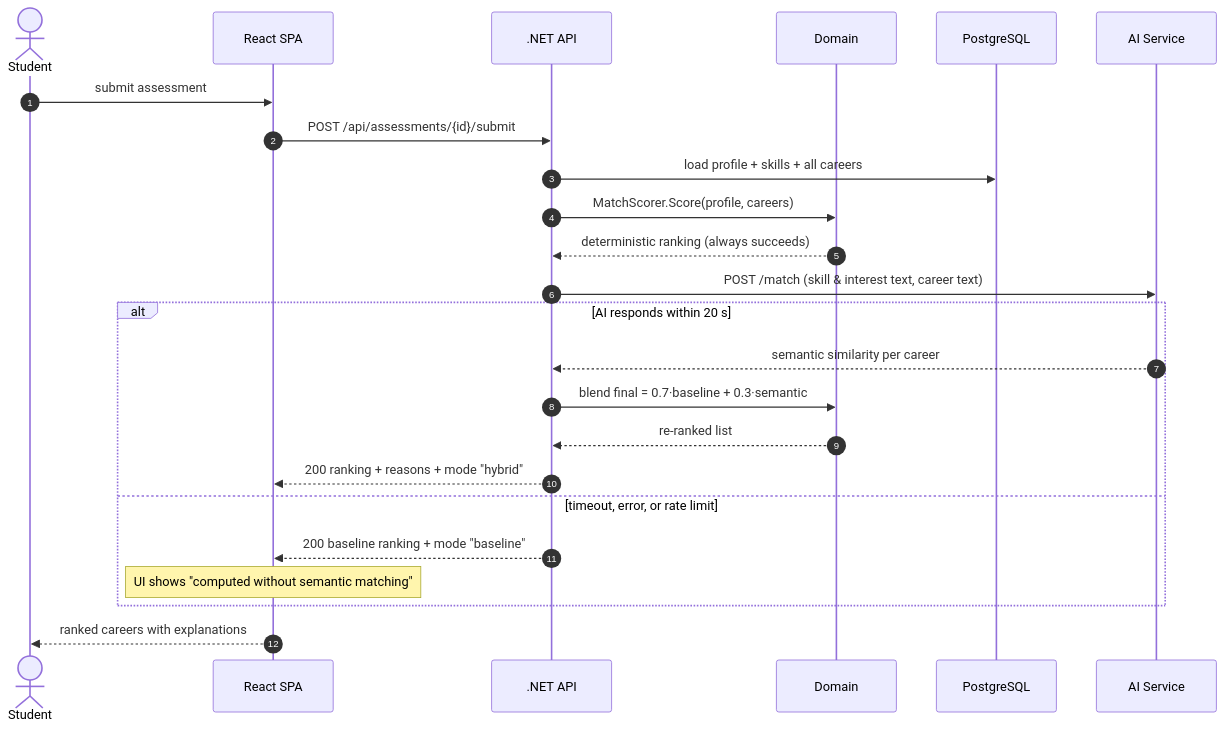
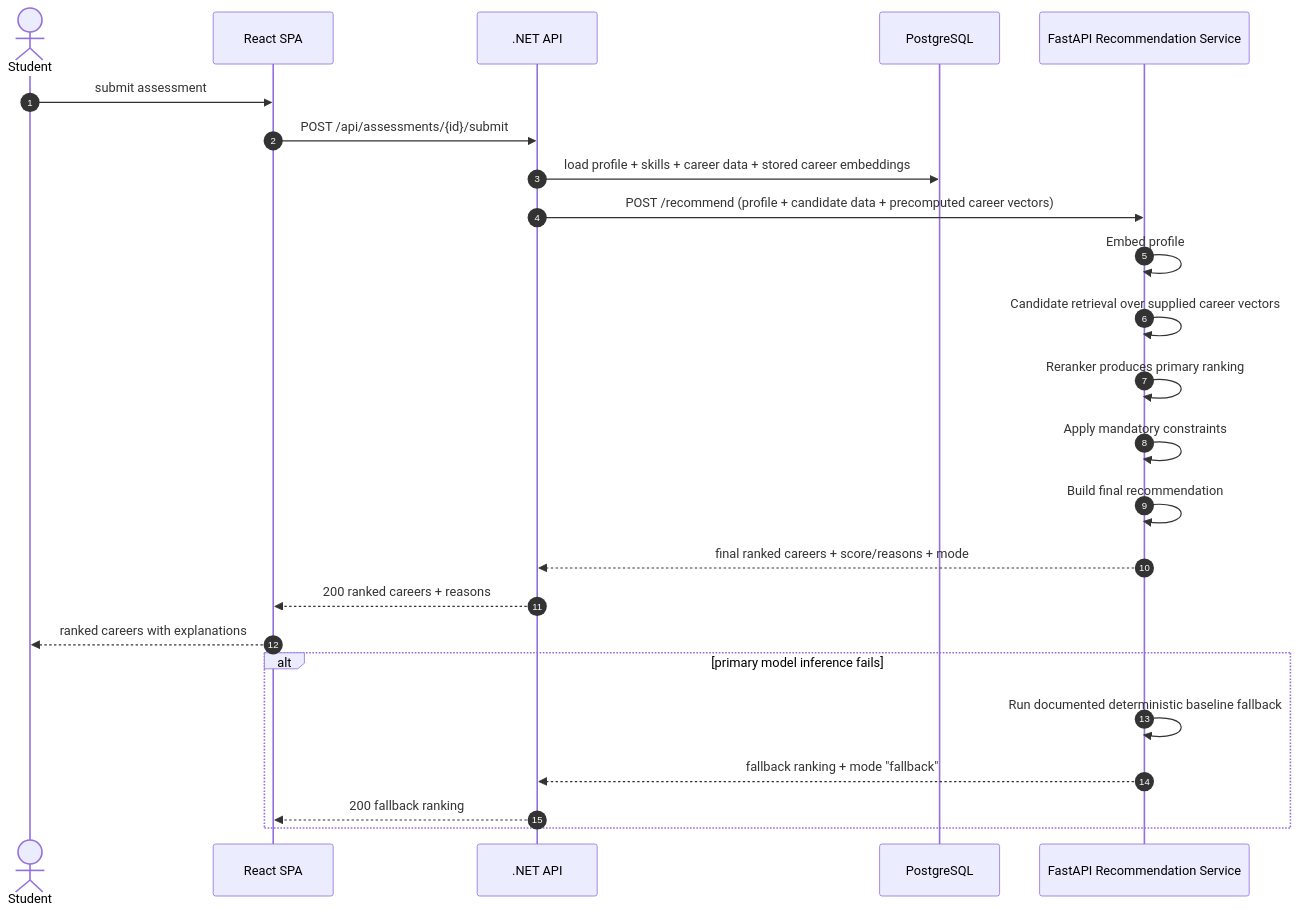
The fifth of 8 diagrams in docs/03-architecture.md (Masar-SCU/Masar), drawn with Mermaid before and after one commit. The commit also changed other lines of this file, not shown here.

````diff
--- a/docs/03-architecture.md
+++ b/docs/03-architecture.md
@@ -258,28 +275,30 @@
 ```mermaid
 sequenceDiagram
     autonumber
     actor S as Student
     participant W as React SPA
     participant A as .NET API
-    participant D as Domain
     participant DB as PostgreSQL
-    participant AI as AI Service
+    participant AI as FastAPI Recommendation Service
 
     S->>W: submit assessment
     W->>A: POST /api/assessments/{id}/submit
-    A->>DB: load profile + skills + all careers
-    A->>D: MatchScorer.Score(profile, careers)
-    D-->>A: deterministic ranking (always succeeds)
+    A->>DB: load profile + skills + career data + stored career embeddings
+    A->>AI: POST /recommend (profile + candidate data + precomputed career vectors)
 
-    A->>AI: POST /match  (skill & interest text, career text)
-    alt AI responds within 20 s
-        AI-->>A: semantic similarity per career
-        A->>D: blend  final = 0.7·baseline + 0.3·semantic
-        D-->>A: re-ranked list
-        A-->>W: 200  ranking + reasons + mode "hybrid"
-    else timeout, error, or rate limit
-        A-->>W: 200  baseline ranking + mode "baseline"
-        Note over W: UI shows "computed without semantic matching"
+    AI->>AI: Embed profile
+    AI->>AI: Candidate retrieval over supplied career vectors
+    AI->>AI: Reranker produces primary ranking
+    AI->>AI: Apply mandatory constraints
+    AI->>AI: Build final recommendation
+    AI-->>A: final ranked careers + score/reasons + mode
+
+    A-->>W: 200 ranked careers + reasons
+    W-->>S: ranked careers with explanations
+
+    alt primary model inference fails
+        AI->>AI: Run documented deterministic baseline fallback
+        AI-->>A: fallback ranking + mode "fallback"
+        A-->>W: 200 fallback ranking
     end
-    W-->>S: ranked careers with explanations
 ```
````
